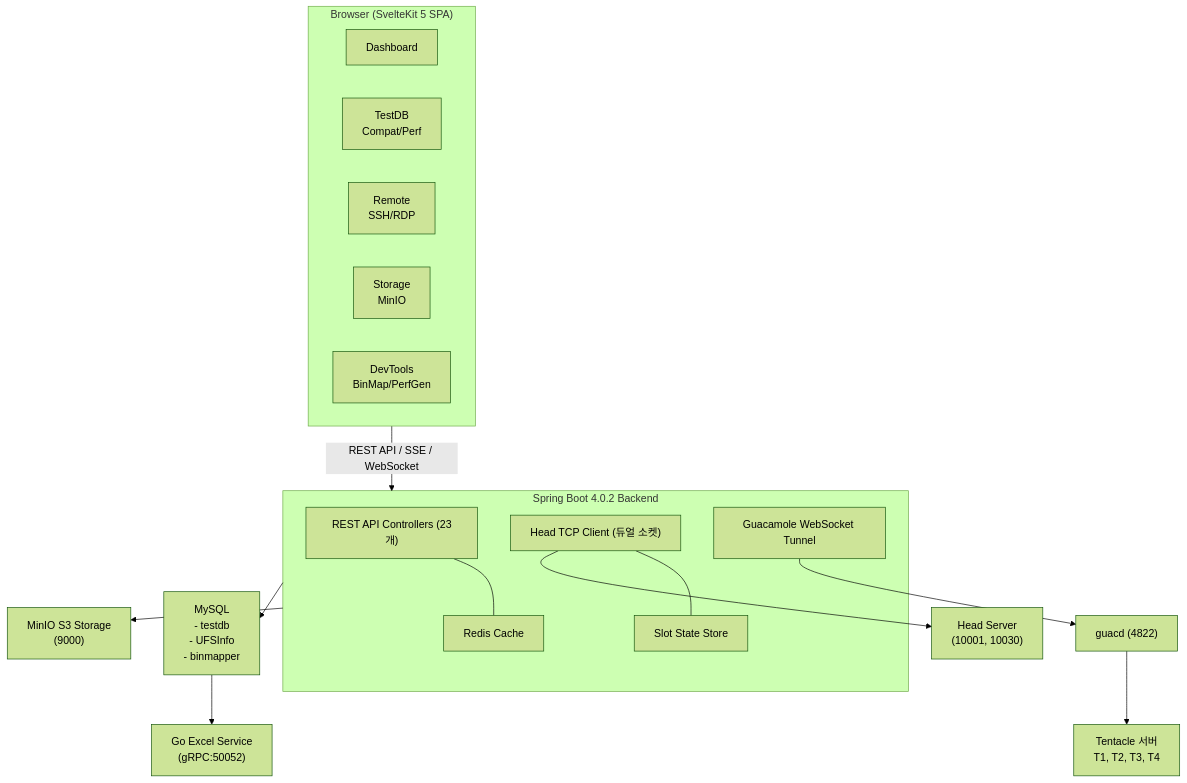
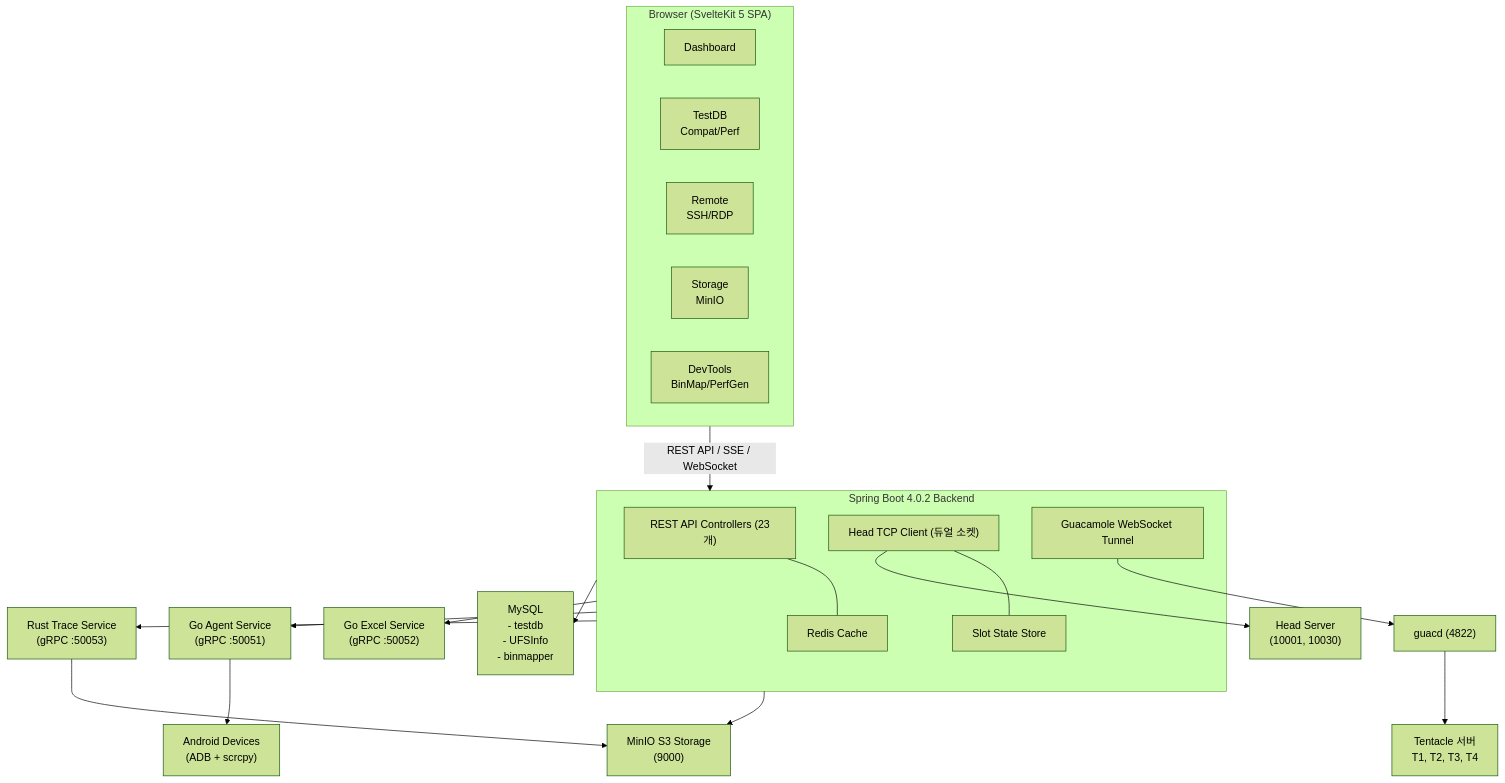
One commit to kakaromo/kakaromo.github.io changed the first of 2 diagrams in src/content/docs/architecture/system-overview.md. Above: the diagram before and after it, drawn with Mermaid (forest theme). The commit also changed other lines of this file and 9 other files, not shown here.

````diff
--- a/src/content/docs/architecture/system-overview.md
+++ b/src/content/docs/architecture/system-overview.md
@@ -34,27 +37,31 @@
 ```mermaid
 flowchart TD
     subgraph Browser ["Browser (SvelteKit 5 SPA)"]
         D[Dashboard]
         T[TestDB<br/>Compat/Perf]
         R[Remote<br/>SSH/RDP]
         ST[Storage<br/>MinIO]
         DT[DevTools<br/>BinMap/PerfGen]
     end
 
     Browser -->|"REST API / SSE / WebSocket"| Backend
 
     subgraph Backend ["Spring Boot 4.0.2 Backend"]
         API["REST API Controllers (23개)"]
         TCP["Head TCP Client (듀얼 소켓)"]
         GWS["Guacamole WebSocket Tunnel"]
         API --- Redis[Redis Cache]
         TCP --- State[Slot State Store]
     end
 
     Backend --> MySQL["MySQL\n- testdb\n- UFSInfo\n- binmapper"]
     TCP --> HEAD["Head Server\n(10001, 10030)"]
     Backend --> MinIO["MinIO S3 Storage\n(9000)"]
     GWS --> guacd["guacd (4822)"]
     guacd --> Tentacle["Tentacle 서버\nT1, T2, T3, T4"]
-    MySQL --> Excel["Go Excel Service\n(gRPC:50052)"]
+    Backend --> Excel["Go Excel Service\n(gRPC :50052)"]
+    Backend --> Agent["Go Agent Service\n(gRPC :50051)"]
+    Backend --> Trace["Rust Trace Service\n(gRPC :50053)"]
+    Agent --> Android["Android Devices\n(ADB + scrcpy)"]
+    Trace --> MinIO
 ```
````
